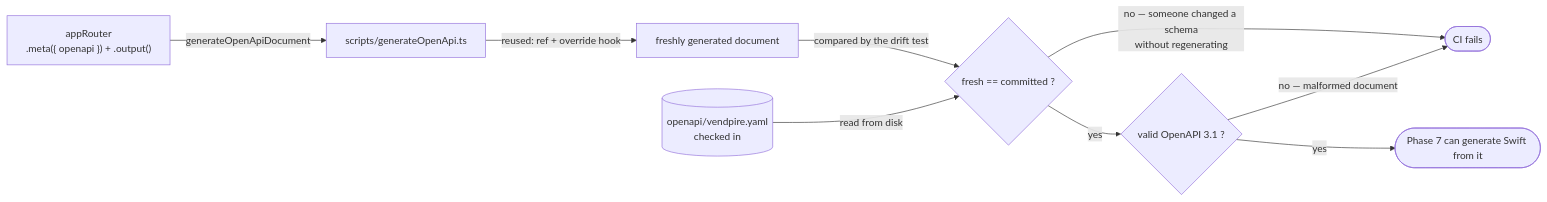
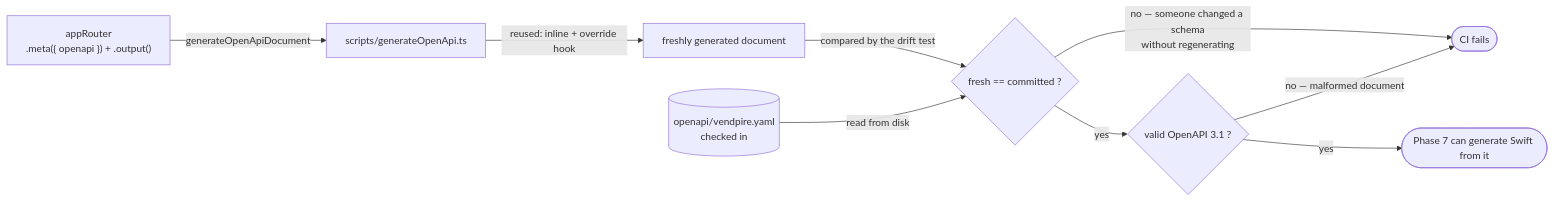
The sixth of 6 diagrams in docs/superpowers/specs/2026-10-21-rest-openapi-surface-design.md (jmoyers14/vendpire), drawn with Mermaid before and after one commit. The commit also changed other lines of this file and 1 other file, not shown here.

````diff
--- a/docs/superpowers/specs/2026-10-21-rest-openapi-surface-design.md
+++ b/docs/superpowers/specs/2026-10-21-rest-openapi-surface-design.md
@@ -415,18 +410,18 @@
 ```mermaid
 flowchart LR
     Router["appRouter<br/>.meta({ openapi }) + .output()"]
     Script["scripts/generateOpenApi.ts"]
     Fresh["freshly generated document"]
     Committed[("openapi/vendpire.yaml<br/>checked in")]
     Drift{"fresh == committed ?"}
     Meta{"valid OpenAPI 3.1 ?"}
 
     Router -->|"generateOpenApiDocument"| Script
-    Script -->|"reused: ref + override hook"| Fresh
+    Script -->|"reused: inline + override hook"| Fresh
     Fresh -->|"compared by the drift test"| Drift
     Committed -->|"read from disk"| Drift
     Drift -->|"no — someone changed a schema<br/>without regenerating"| Fail(["CI fails"])
     Drift -->|"yes"| Meta
     Meta -->|"no — malformed document"| Fail
     Meta -->|"yes"| Pass(["Phase 7 can generate Swift from it"])
 ```
````
